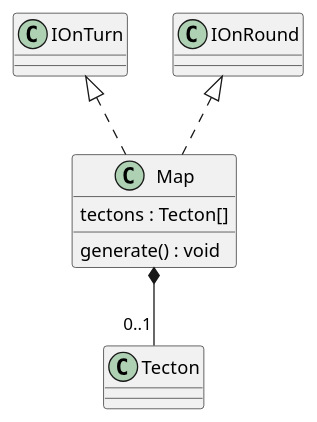
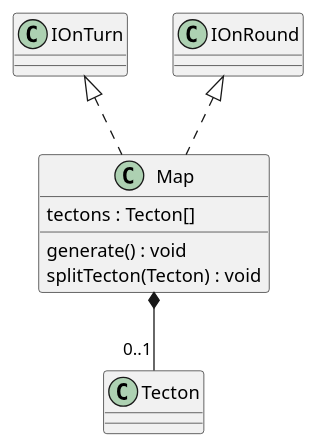
One commit to Petya-G/fungorium changed the diagram in 3/classes/map.puml. Above: the diagram before and after it, drawn with PlantUML.

Commit message:
added splitTectton to map

```diff
--- a/3/classes/map.puml
+++ b/3/classes/map.puml
@@ -1,9 +1,10 @@
 @startuml map
 IOnTurn <|.. Map 
 IOnRound <|.. Map
 Map *-- "0..1" Tecton
 class Map{
     tectons : Tecton[]
     generate() : void
+    splitTecton(Tecton) : void
 }
 @enduml
```
